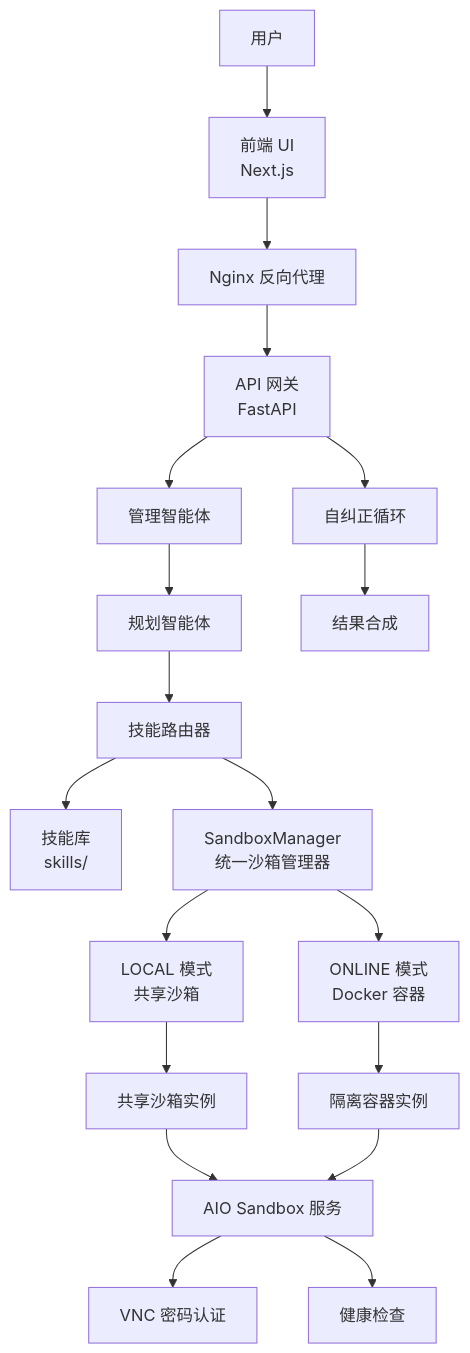
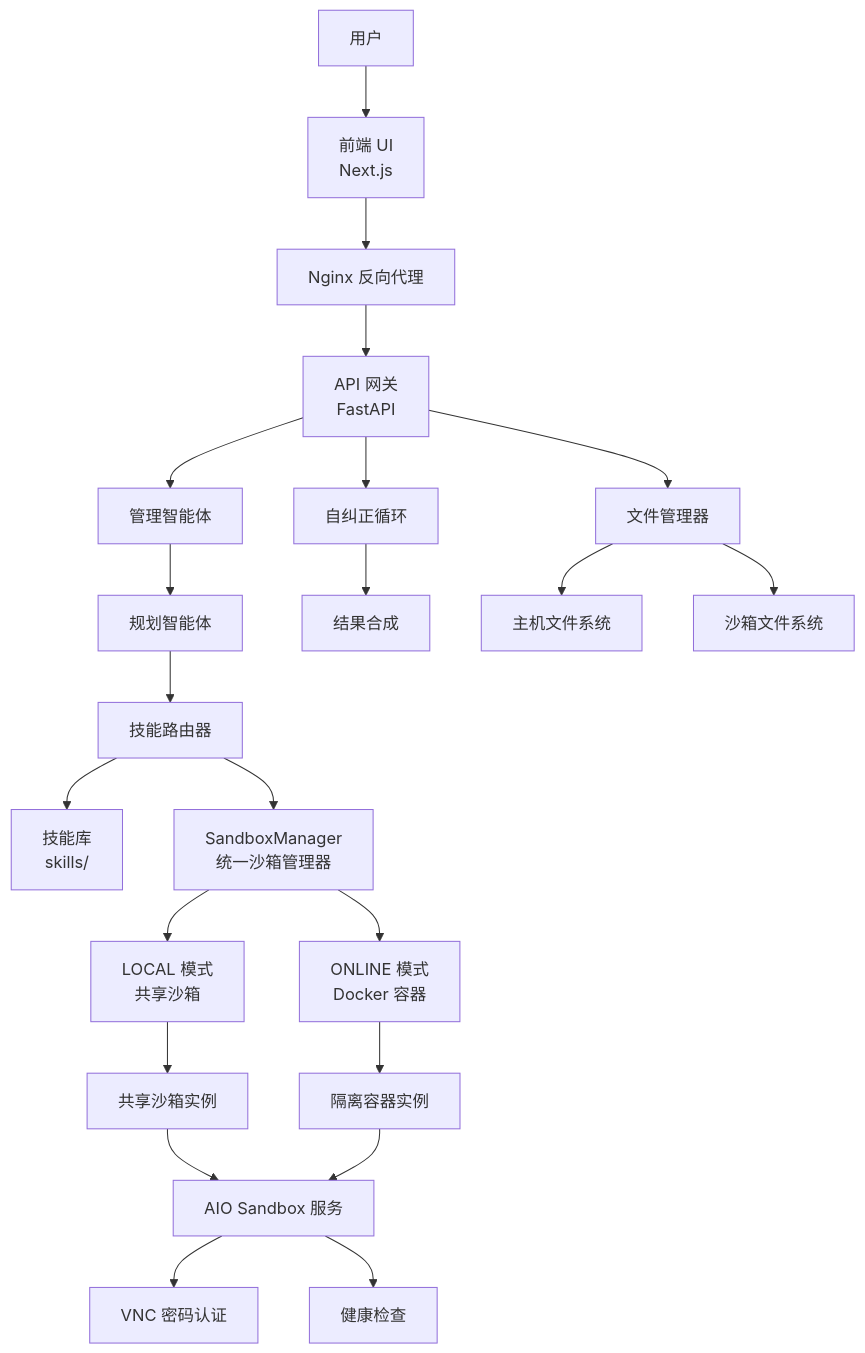
One commit to zhangdahai112/LocalManus changed the second of 9 diagrams in .qoder/repowiki/zh/content/系统架构设计/Firecracker 沙箱执行架构/Firecracker 沙箱执行架构.md. Above: the diagram before and after it, drawn with Mermaid. The commit also changed other lines of this file and 19 other files, not shown here.

````diff
--- a/.qoder/repowiki/zh/content/系统架构设计/Firecracker 沙箱执行架构/Firecracker 沙箱执行架构.md
+++ b/.qoder/repowiki/zh/content/系统架构设计/Firecracker 沙箱执行架构/Firecracker 沙箱执行架构.md
@@ -155,21 +181,24 @@
 ```mermaid
 graph TB
 User["用户"] --> FE["前端 UI<br/>Next.js"]
 FE --> NGINX["Nginx 反向代理"]
 NGINX --> API["API 网关<br/>FastAPI"]
 API --> Manager["管理智能体"]
 Manager --> Planner["规划智能体"]
 Planner --> Router["技能路由器"]
 Router --> SkillLib["技能库<br/>skills/"]
 Router --> SBMgr["SandboxManager<br/>统一沙箱管理器"]
 SBMgr --> LocalMode["LOCAL 模式<br/>共享沙箱"]
 SBMgr --> OnlineMode["ONLINE 模式<br/>Docker 容器"]
 LocalMode --> SharedSandbox["共享沙箱实例"]
 OnlineMode --> IsolatedContainer["隔离容器实例"]
 SharedSandbox --> SANDBOX["AIO Sandbox 服务"]
 IsolatedContainer --> SANDBOX
 SANDBOX --> VNC["VNC 密码认证"]
 SANDBOX --> Health["健康检查"]
 API --> Feedback["自纠正循环"]
 Feedback --> Finalizer["结果合成"]
+API --> FileManager["文件管理器"]
+FileManager --> HostFS["主机文件系统"]
+FileManager --> SandboxFS["沙箱文件系统"]
 ```
````
